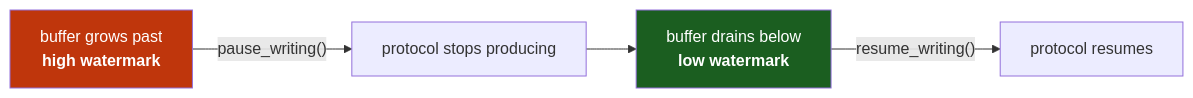
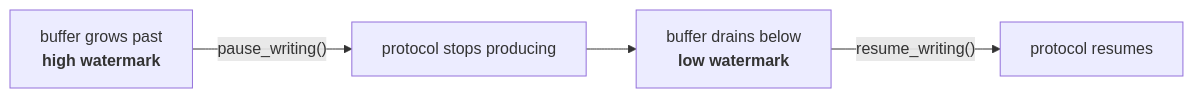
One commit to Kludex/zloop changed the second of 2 diagrams in docs/architecture/transports.md. Above: the diagram before and after it, drawn with Mermaid. The commit also changed other lines of this file and 15 other files, not shown here.

First line of the commit message:
Docs: fix mermaid rendering, drop hardcoded fills, em-dashes, update perf

````diff
--- a/docs/architecture/transports.md
+++ b/docs/architecture/transports.md
@@ -65,8 +62,6 @@
 ```mermaid
 graph LR
     A[buffer grows past<br/><b>high watermark</b>] -->|"pause_writing()"| B[protocol stops producing]
     B --> C[buffer drains below<br/><b>low watermark</b>]
     C -->|"resume_writing()"| D[protocol resumes]
-    style A fill:#bf360c,color:#fff
-    style C fill:#1b5e20,color:#fff
 ```
````
